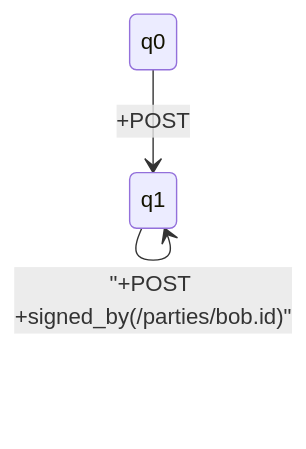
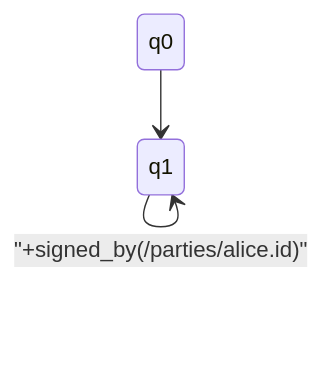
One commit to modality-org/modality changed the first of 2 diagrams in docs/getting-started/first-contract.md. Above: the diagram before and after it, drawn with Mermaid. The commit also changed other lines of this file and 8 other files, not shown here.

Commit message:
Refactor first contract model to remove POST transitions, allowing only signed transitions by Alice. Update documentation and tests to reflect changes in the contract model structure and ensure consistency across examples. Validate that synthesized models no longer include POST or references to Bob.

````diff
--- a/docs/getting-started/first-contract.md
+++ b/docs/getting-started/first-contract.md
@@ -261,6 +259,5 @@
 ```mermaid
 stateDiagram-v2
-    q0 --> q1 : +POST
-    q1 --> q1 : "+POST +signed_by(/parties/alice.id)"
-    q1 --> q1 : "+POST +signed_by(/parties/bob.id)"
+    q0 --> q1
+    q1 --> q1 : "+signed_by(/parties/alice.id)"
 ```
````
